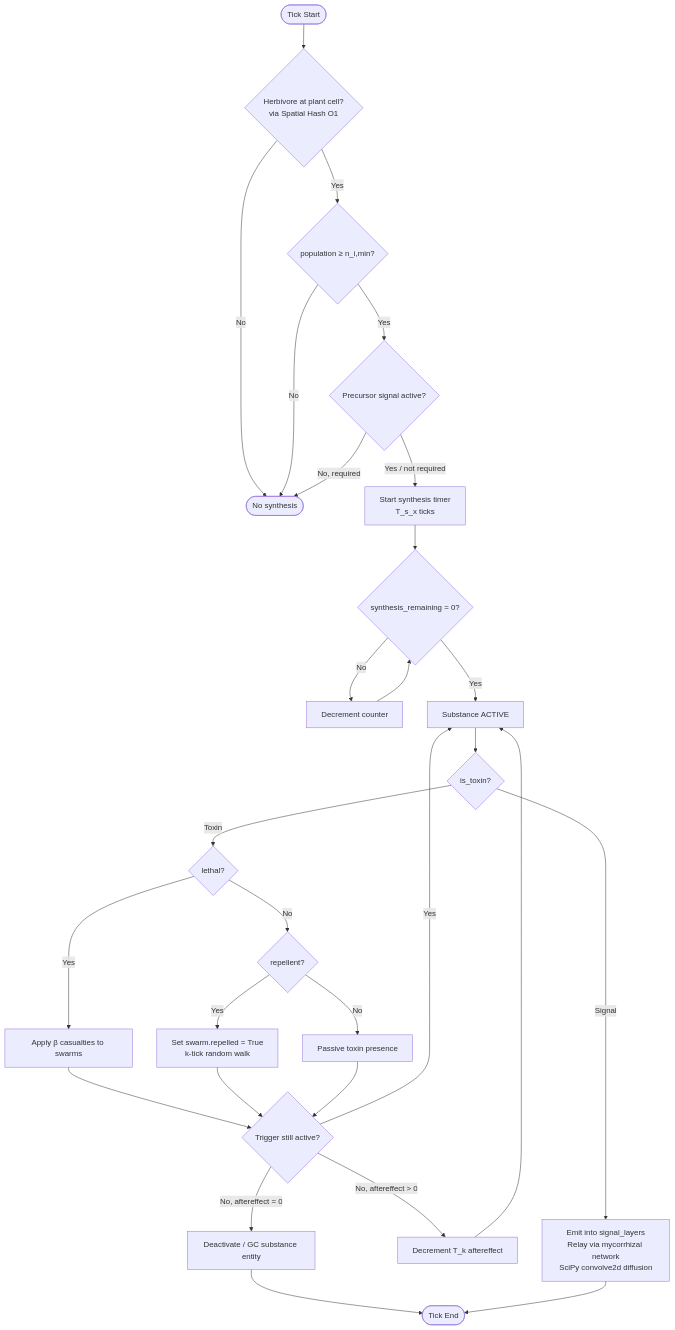
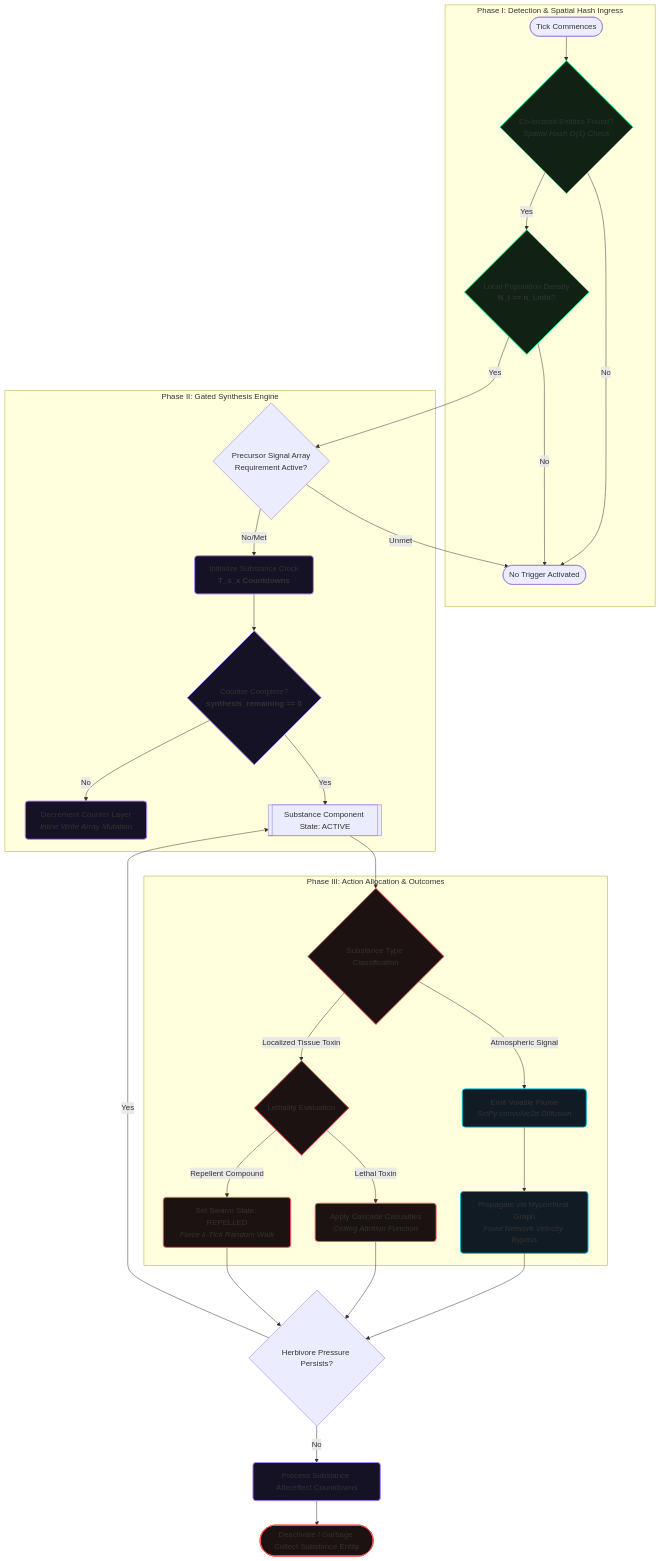
The second of 2 diagrams in docs/scenario_guide/scenario_authoring.md (foersben/PHIDS), drawn with Mermaid before and after one commit. The commit also changed other lines of this file and 5 other files, not shown here.

Commit message:
docs(mermaid): refactor mermaid diagrams for better visualization

````diff
--- a/docs/scenario_guide/scenario_authoring.md
+++ b/docs/scenario_guide/scenario_authoring.md
@@ -38,30 +74,52 @@
 ```mermaid
 flowchart TD
-    A([Tick Start]) --> B{Herbivore at plant cell?<br/>via Spatial Hash O1}
-    B -- No --> END([No synthesis])
-    B -- Yes --> C{population ≥ n_i,min?}
-    C -- No --> END
-    C -- Yes --> D{Precursor signal active?}
-    D -- No, required --> END
-    D -- Yes / not required --> E[Start synthesis timer<br/>T_s_x ticks]
-    E --> F{synthesis_remaining = 0?}
-    F -- No --> G[Decrement counter]
-    G --> F
-    F -- Yes --> H[Substance ACTIVE]
-    H --> I{is_toxin?}
-    I -- Signal --> J[Emit into signal_layers<br/>Relay via mycorrhizal network<br/>SciPy convolve2d diffusion]
-    I -- Toxin --> K{lethal?}
-    K -- Yes --> L[Apply β casualties to swarms]
-    K -- No --> M{repellent?}
-    M -- Yes --> N[Set swarm.repelled = True<br/>k-tick random walk]
-    M -- No --> O[Passive toxin presence]
-    L --> P{Trigger still active?}
-    N --> P
-    O --> P
+    %% Phase 1: Detection & Extraction
+    subgraph Detection ["Phase I: Detection & Spatial Hash Ingress"]
+        A([Tick Commences]) --> B{"Co-located Entities Found?<br><i>Spatial Hash O(1) Check</i>"}
+        B -- Yes --> C{"Local Population Density<br><b>N_i >= n_i,min</b>?"}
+        B -- No --> End_Passive([No Trigger Activated])
+        C -- No --> End_Passive
+    end
+
+    %% Phase 2: Synthesis Core
+    subgraph Synthesis ["Phase II: Gated Synthesis Engine"]
+        C -- Yes --> D{"Precursor Signal Array<br>Requirement Active?"}
+        D -- No/Met --> E["Initialize Substance Clock<br><b>T_s_x Countdowns</b>"]
+        D -- Unmet --> End_Passive
+
+        E --> F{"Counter Complete?<br><b>synthesis_remaining == 0</b>"}
+        F -- No --> G["Decrement Counter Layer<br><i>Inline Write Array Mutation</i>"]
+        F -- Yes --> H[["Substance Component State: ACTIVE"]]
+    end
+
+    %% Phase 3: Action Bifurcation
+    subgraph Evaluation ["Phase III: Action Allocation & Outcomes"]
+        H --> I{"Substance Type Classification"}
+
+        %% Airborne Path
+        I -->|Atmospheric Signal| J["Emit Volatile Plume<br><i>SciPy convolve2d Diffusion</i>"]
+        J --> K["Propagate via Mycorrhizal Graph<br><i>Fixed Network Velocity Bypass</i>"]
+
+        %% Local Tissue Toxin Path
+        I -->|Localized Tissue Toxin| L{"Lethality Evaluation"}
+        L -- Lethal Toxin --> M["Apply Cascade Casualties<br><i>Ceiling Attrition Function</i>"]
+        L -- Repellent Compound --> N["Set Swarm State: REPELLED<br><i>Force k-Tick Random Walk</i>"]
+    end
+
+    %% Loop Closure Paths
+    K & M & N --> P{"Herbivore Pressure Persists?"}
     P -- Yes --> H
-    P -- No, aftereffect > 0 --> Q[Decrement T_k aftereffect]
-    Q --> H
-    P -- No, aftereffect = 0 --> R[Deactivate / GC substance entity]
-    R --> END2([Tick End])
-    J --> END2
+    P -- No --> Q["Process Substance Aftereffect Countdowns"]
+    Q --> R([Deactivate / Garbage Collect Substance Entity])
+
+    %% Styling Classes
+    classDef coreSys fill:#141224,stroke:#b388ff,stroke-width:2px,rx:6px,ry:6px;
+    classDef stateData fill:#111b24,stroke:#00b8d4,stroke-width:2px,rx:6px,ry:6px;
+    classDef hazard fill:#1c1212,stroke:#ff5252,stroke-width:2px,rx:6px,ry:6px;
+    classDef shortcut fill:#112214,stroke:#00e676,stroke-width:2px,rx:6px,ry:6px;
+
+    class B,C shortcut
+    class E,F,G,Q coreSys
+    class J,K stateData
+    class I,L,M,N,R hazard
 ```
````
